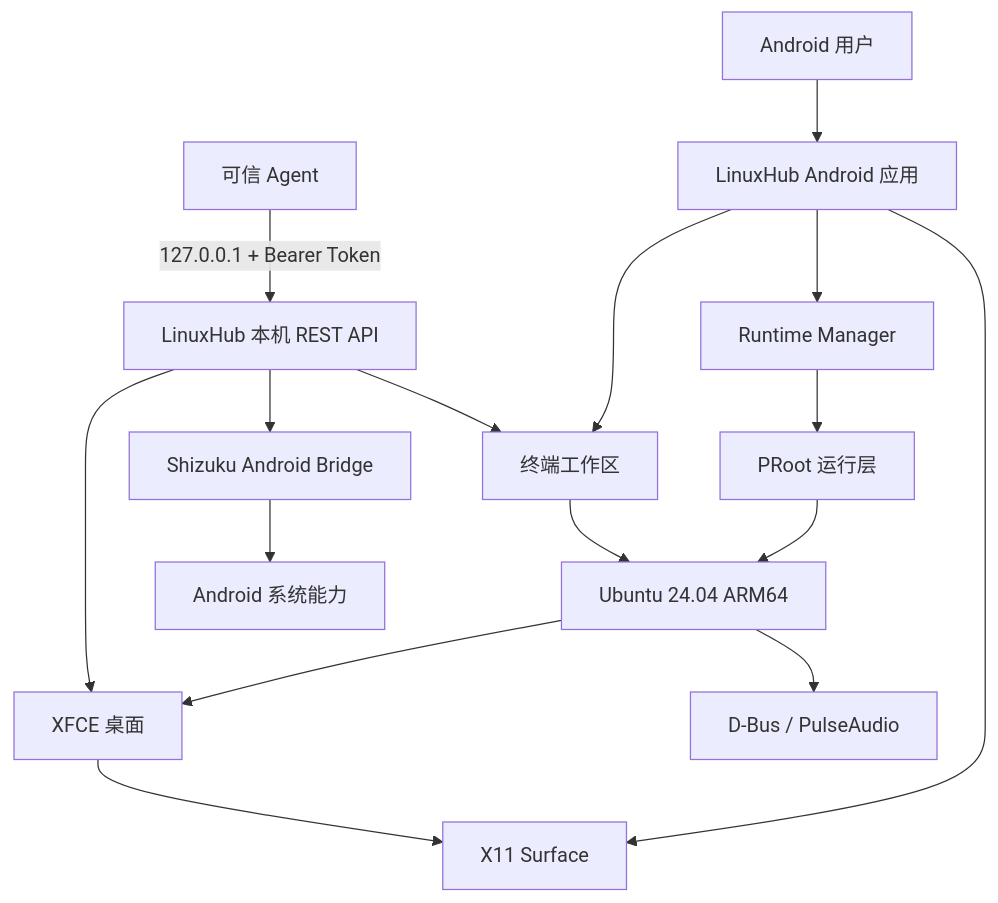
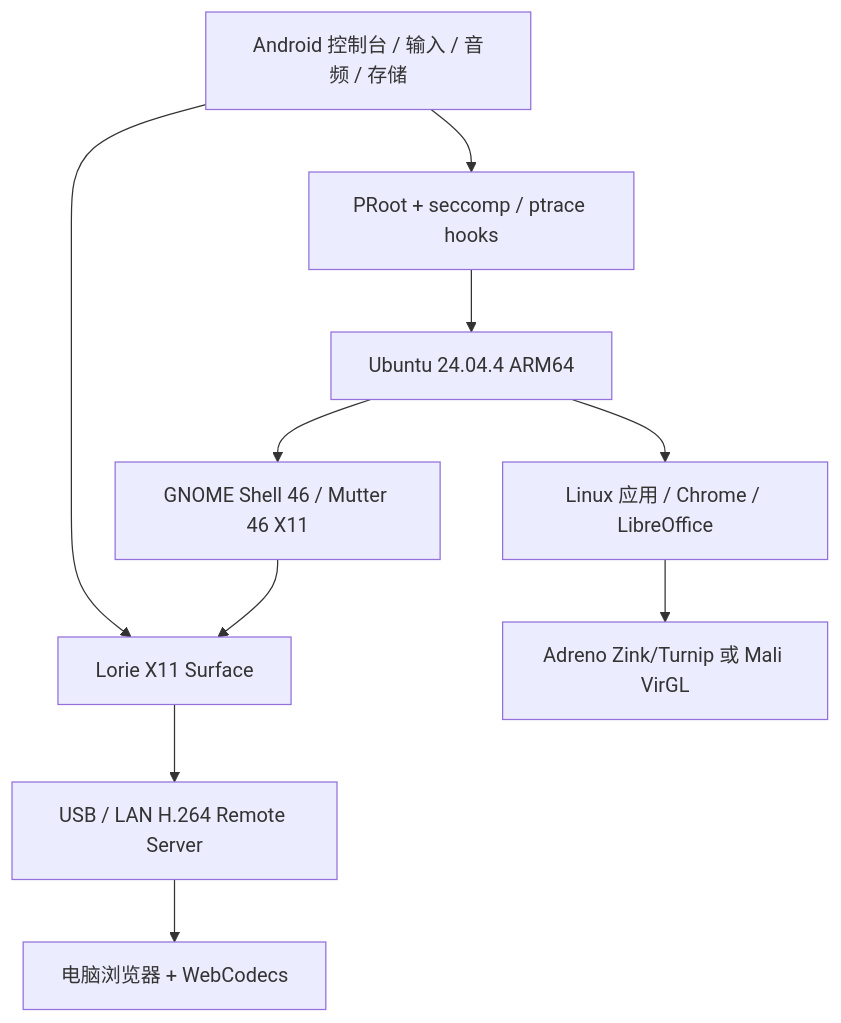
One commit to xishanp/Linuxhub changed the diagram in README.md. Above: the diagram before and after it, drawn with Mermaid. The commit also changed other lines of this file, not shown here.

Commit message:
docs: introduce LinuxHub 2.0 Myth-Prometheus

````diff
--- a/README.md
+++ b/README.md
@@ -236,21 +152,21 @@
 ```mermaid
 flowchart TB
-    User[Android 用户] --> App[LinuxHub Android 应用]
+    Android[Android 控制台 / 输入 / 音频 / 存储]
+    Surface[Lorie X11 Surface]
+    PRoot[PRoot + seccomp / ptrace hooks]
+    Ubuntu[Ubuntu 24.04.4 ARM64]
+    GNOME[GNOME Shell 46 / Mutter 46 X11]
+    Apps[Linux 应用 / Chrome / LibreOffice]
+    GPU[Adreno Zink/Turnip 或 Mali VirGL]
+    Remote[USB / LAN H.264 Remote Server]
 
-    App --> Terminal[终端工作区]
-    App --> Surface[X11 Surface]
-    App --> Runtime[Runtime Manager]
-
-    Runtime --> PRoot[PRoot 运行层]
-    PRoot --> Ubuntu[Ubuntu 24.04 ARM64]
-    Ubuntu --> XFCE[XFCE 桌面]
-    Ubuntu --> Audio[D-Bus / PulseAudio]
-    XFCE --> Surface
-    Terminal --> Ubuntu
-
-    Agent[可信 Agent] -->|127.0.0.1 + Bearer Token| API[LinuxHub 本机 REST API]
-    API --> Terminal
-    API --> XFCE
-    API --> Bridge[Shizuku Android Bridge]
-    Bridge --> Android[Android 系统能力]
+    Android --> Surface
+    Android --> PRoot
+    PRoot --> Ubuntu
+    Ubuntu --> GNOME
+    Ubuntu --> Apps
+    Apps --> GPU
+    GNOME --> Surface
+    Surface --> Remote
+    Remote --> Browser[电脑浏览器 + WebCodecs]
 ```
````
